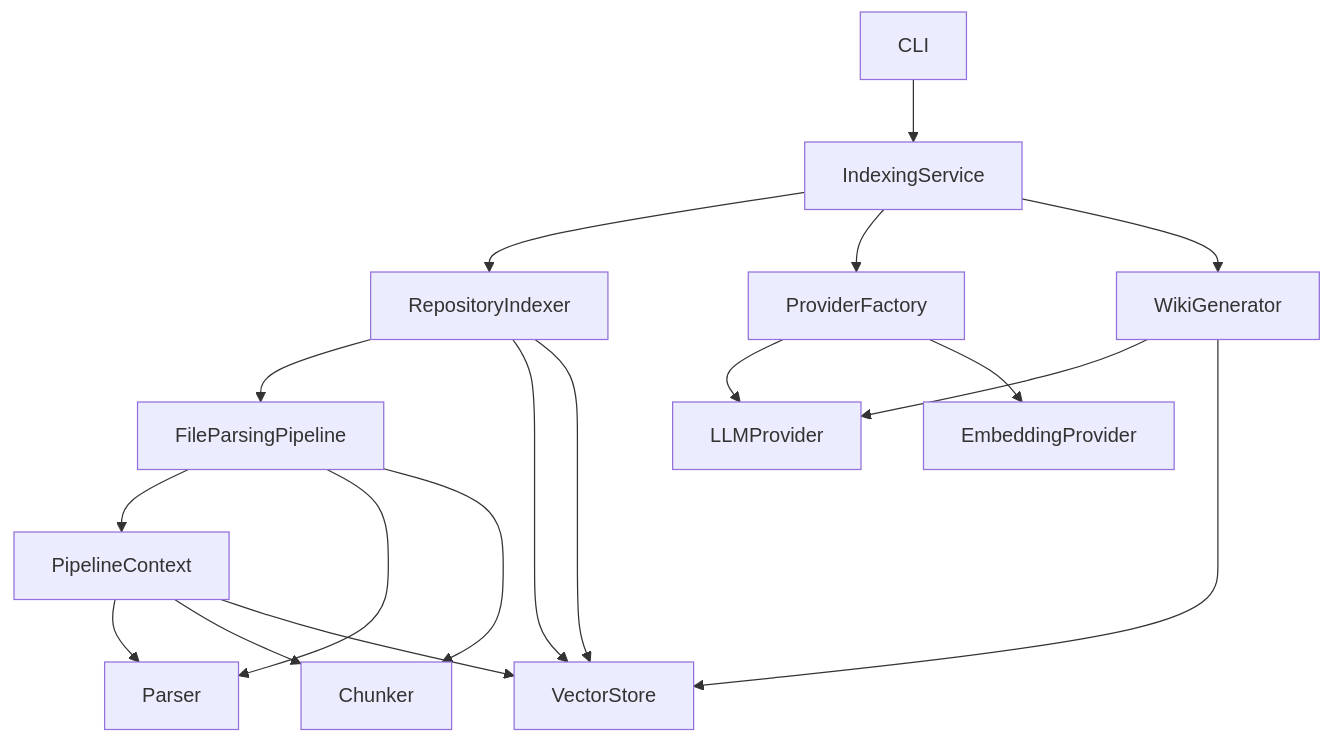
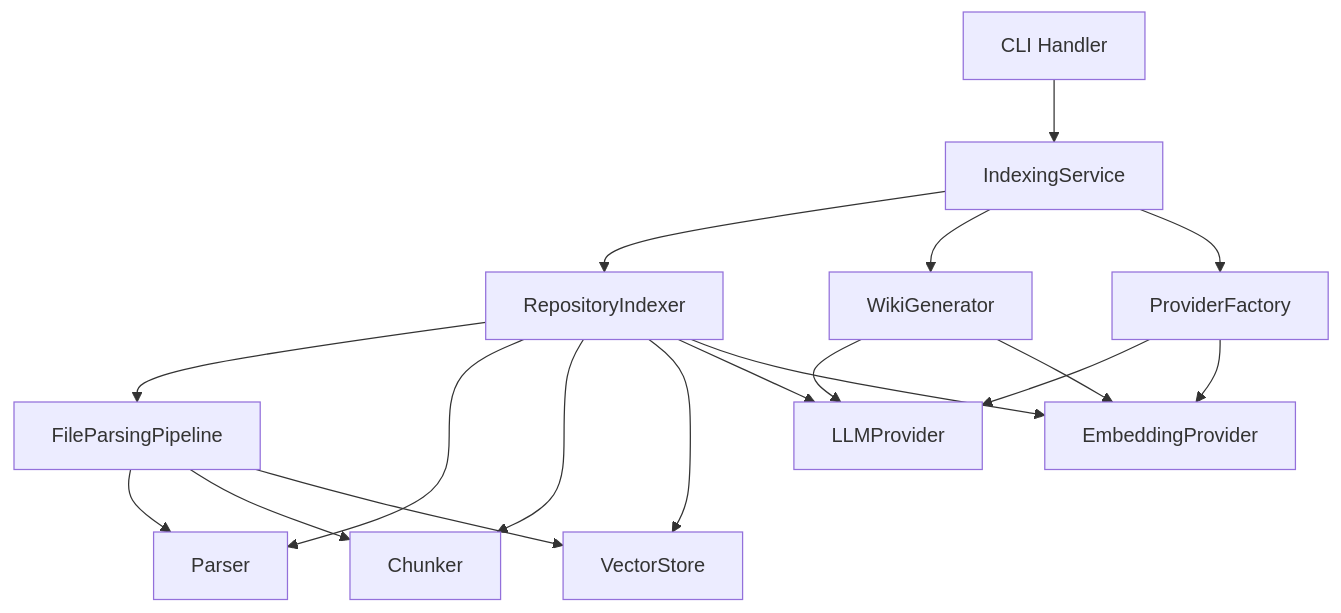
The diagram in .deepwiki/architecture.md (UrbanDiver/local-deepwiki-mcp), drawn with Mermaid before and after one commit. The commit also changed other lines of this file and 225 other files, not shown here.

````diff
--- a/.deepwiki/architecture.md
+++ b/.deepwiki/architecture.md
@@ -65,20 +69,20 @@
 ```mermaid
 graph TD
-    A[CLI] --> B[IndexingService]
+    A[CLI Handler] --> B[IndexingService]
     B --> C[RepositoryIndexer]
-    B --> D[ProviderFactory]
-    B --> E[WikiGenerator]
+    B --> D[WikiGenerator]
+    B --> E[ProviderFactory]
     C --> F[FileParsingPipeline]
-    C --> G[VectorStore]
-    F --> H[PipelineContext]
-    F --> I[Parser]
-    F --> J[Chunker]
-    D --> K[LLMProvider]
-    D --> L[EmbeddingProvider]
-    H --> I
-    H --> J
-    H --> G
-    E --> K
-    E --> G
-    C --> G
+    C --> G[Parser]
+    C --> H[Chunker]
+    C --> I[VectorStore]
+    F --> G
+    F --> H
+    F --> I
+    E --> J[LLMProvider]
+    E --> K[EmbeddingProvider]
+    D --> J
+    D --> K
+    C --> J
+    C --> K
 ```
````
